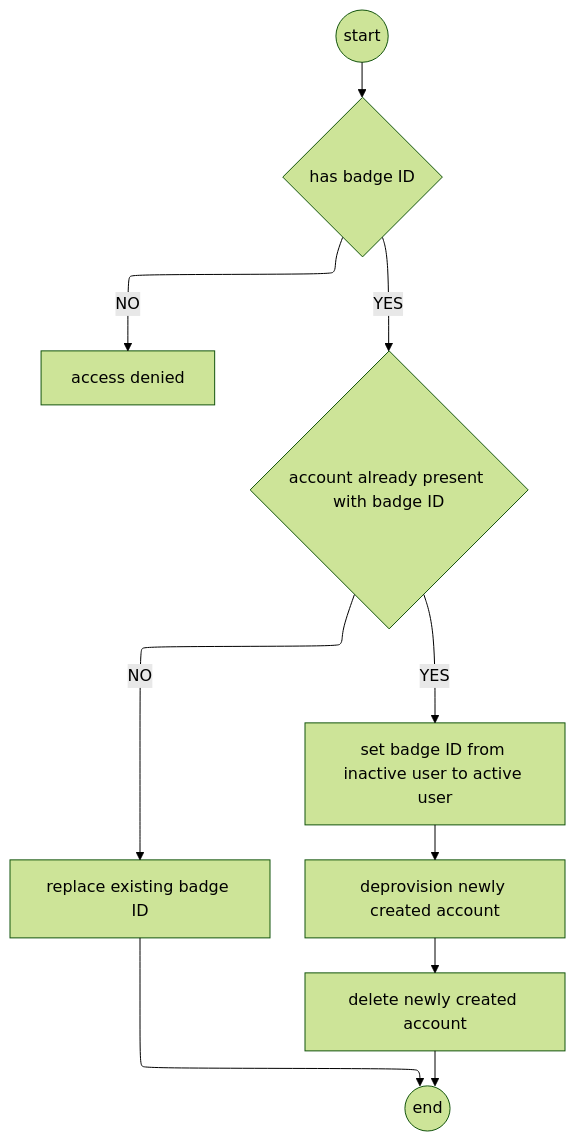
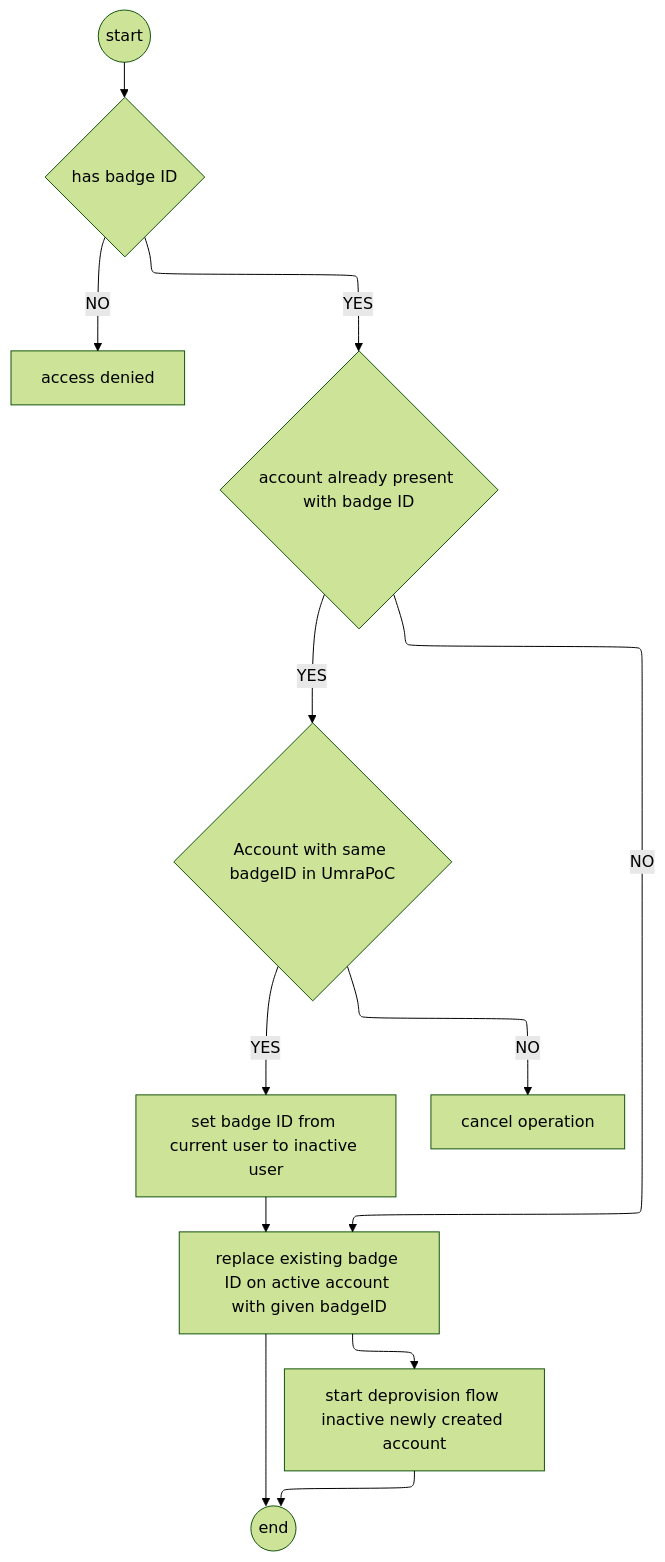
One commit to alexisalexopoulos/adaxes changed the diagram in Flows/user-change-BadgeID.md. Above: the diagram before and after it, drawn with Mermaid (forest theme).

Commit message:
fix: change badgeID

````diff
--- a/Flows/user-change-BadgeID.md
+++ b/Flows/user-change-BadgeID.md
@@ -1,19 +1,22 @@
 ```mermaid
 flowchart-elk
 %% Nodes
 start((start))
 hasbadgeID{has badge ID}
 accessdenied[access denied]
+umrapoc{Account with same badgeID in UmraPoC}
 badgeidpresent{account already present with badge ID}
-setbadgeIDtarget[set badge ID from inactive user to active user]
-replaceID[replace existing badge ID]
-deprovision[deprovision newly created account]
-delete[delete newly created account]
+setbadgeIDtarget[set badge ID from current user to inactive user]
+replaceID[replace existing badge ID on active account with given badgeID]
+deprovision[start deprovision flow inactive newly created account]
+cancel[cancel operation]
 finish((end))
 %%linking
 start -->hasbadgeID
 hasbadgeID --> |NO| accessdenied
 hasbadgeID --> |YES| badgeidpresent
-badgeidpresent --> |YES| setbadgeIDtarget -->deprovision-->  delete --> finish
+badgeidpresent --> |YES|umrapoc
+umrapoc --> |NO| cancel
+umrapoc --> |YES| setbadgeIDtarget--> replaceID --> deprovision -->  finish
 badgeidpresent -->|NO|replaceID --> finish
 ```
````
